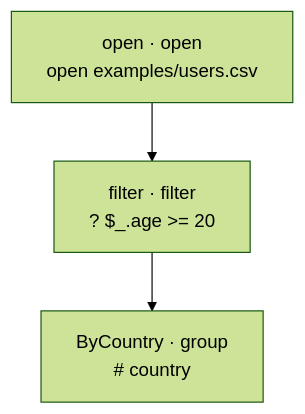
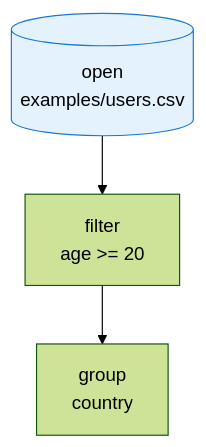
Before and after one commit to sm06224/Rivus: the diagram in examples/literate.riv.md, drawn with Mermaid (forest theme). The commit also changed other lines of this file and 5 other files, not shown here.

First line of the commit message:
feat(cli): §31 explain-generator polish — readable Mermaid + canonical-flow block

````diff
--- a/examples/literate.riv.md
+++ b/examples/literate.riv.md
@@ -41,8 +41,9 @@
 ```mermaid
 flowchart TD
-  n0["open · open<br/>open examples/users.csv"]
-  n1["filter · filter<br/> ? $_.age >= 20"]
-  n2["ByCountry · group<br/> # country"]
+  n0[("open<br/>examples/users.csv")]:::src
+  n1["filter<br/>age &gt;= 20"]
+  n2["group<br/>country"]
   n0 --> n1
   n1 --> n2
+  classDef src fill:#e3f2fd,stroke:#1976d2
 ```
````
